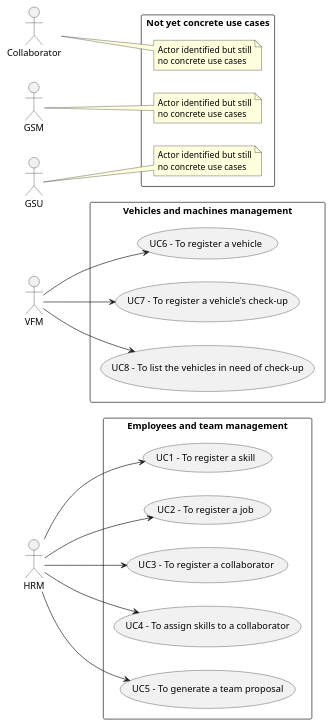
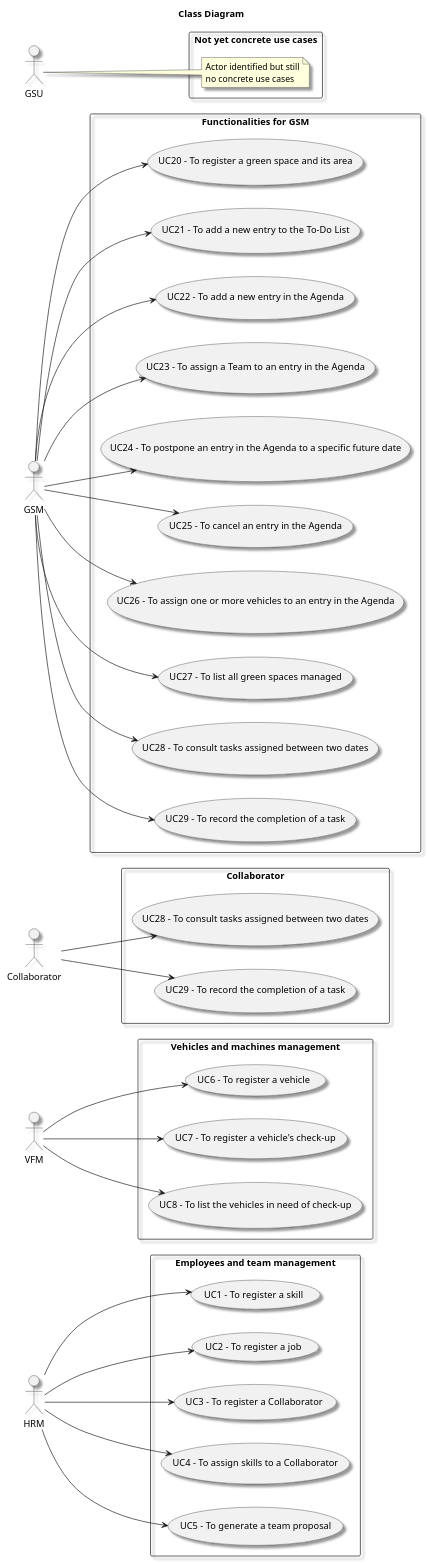
The diagram in docs/sprintC/global-artifacts/01.requirements-engineering/puml/use-case-diagram.puml (rpedros02/lei-24-s2-1DL-g08), drawn with PlantUML before and after one commit.

Commit message:
use case diagram ESOFT

```diff
--- a/docs/sprintC/global-artifacts/01.requirements-engineering/puml/use-case-diagram.puml
+++ b/docs/sprintC/global-artifacts/01.requirements-engineering/puml/use-case-diagram.puml
@@ -1,67 +1,83 @@
 @startuml
-'skinparam monochrome true
+skinparam monochrome false
 skinparam packageStyle rectangle
-'skinparam shadowing false
+skinparam shadowing true
 
+title Class Diagram
 
-'title Use Case Diagram
-
-left to right direction
-
-
-    actor "HRM"   as hrm
-    actor "VFM" as vfm
-    actor Collaborator
-    actor GSM
-    actor GSU
+actor "HRM" as hrm
+actor "VFM" as vfm
+actor collaborator as "Collaborator"
+actor GSM
+actor GSU
 
 
 rectangle "Not yet concrete use cases"{
-note right of Collaborator
-    Actor identified but still
-    no concrete use cases
-end note
 
-note right of GSM
-    Actor identified but still
-    no concrete use cases
-end note
-
-
+left to right direction
 note right of GSU
     Actor identified but still
     no concrete use cases
 end note
- }
+}
 
+left to right direction
 
 rectangle "Employees and team management" as emp{
     usecase "UC1 - To register a skill" as UC1
     usecase "UC2 - To register a job" as UC2
-    usecase "UC3 - To register a collaborator" as UC3
-    usecase "UC4 - To assign skills to a collaborator" as UC4
+    usecase "UC3 - To register a Collaborator" as UC3
+    usecase "UC4 - To assign skills to a Collaborator" as UC4
     usecase "UC5 - To generate a team proposal" as UC5
     hrm --> UC1
     hrm --> UC2
     hrm --> UC3
     hrm --> UC4
     hrm --> UC5
+}
 
-}
 
 rectangle "Vehicles and machines management"{
     usecase "UC6 - To register a vehicle" as UC6
     usecase "UC7 - To register a vehicle's check-up" as UC7
     usecase "UC8 - To list the vehicles in need of check-up" as UC8
      vfm --> UC6
      vfm --> UC7
      vfm --> UC8
-
 }
 
 
 
 
+rectangle "Collaborator"{
+    usecase "UC28 - To consult tasks assigned between two dates" as UC28
+    usecase "UC29 - To record the completion of a task" as UC29
+    collaborator --> UC28
+    collaborator --> UC29
+}
 
 
+rectangle "Functionalities for GSM" as gsm_additional{
+    usecase "UC20 - To register a green space and its area" as US20
+    usecase "UC21 - To add a new entry to the To-Do List" as US21
+    usecase "UC22 - To add a new entry in the Agenda" as US22
+    usecase "UC23 - To assign a Team to an entry in the Agenda" as US23
+    usecase "UC24 - To postpone an entry in the Agenda to a specific future date" as US24
+    usecase "UC25 - To cancel an entry in the Agenda" as US25
+    usecase "UC26 - To assign one or more vehicles to an entry in the Agenda" as US26
+    usecase "UC27 - To list all green spaces managed" as US27
+    usecase "UC28 - To consult tasks assigned between two dates" as US28
+    usecase "UC29 - To record the completion of a task" as US29
+    GSM --> US20
+    GSM --> US21
+    GSM --> US22
+    GSM --> US23
+    GSM --> US24
+    GSM --> US25
+    GSM --> US26
+    GSM --> US27
+    GSM --> US28
+    GSM --> US29
+}
+
 @enduml
```
